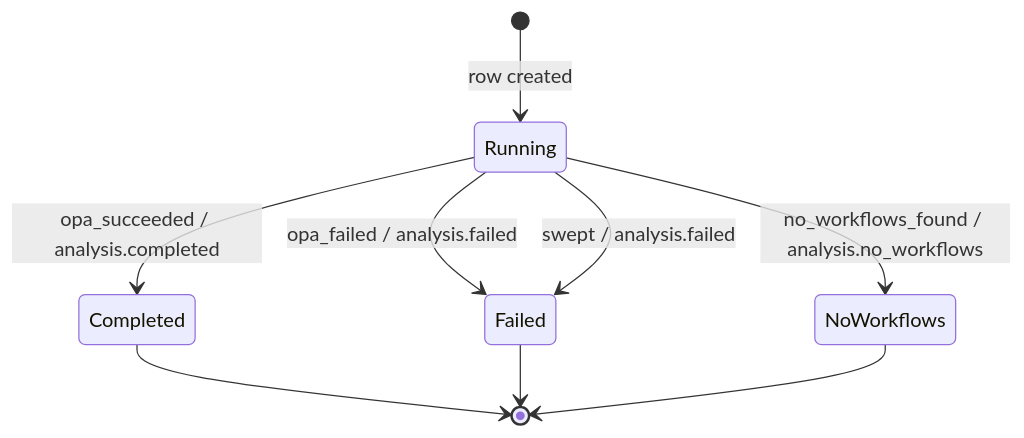
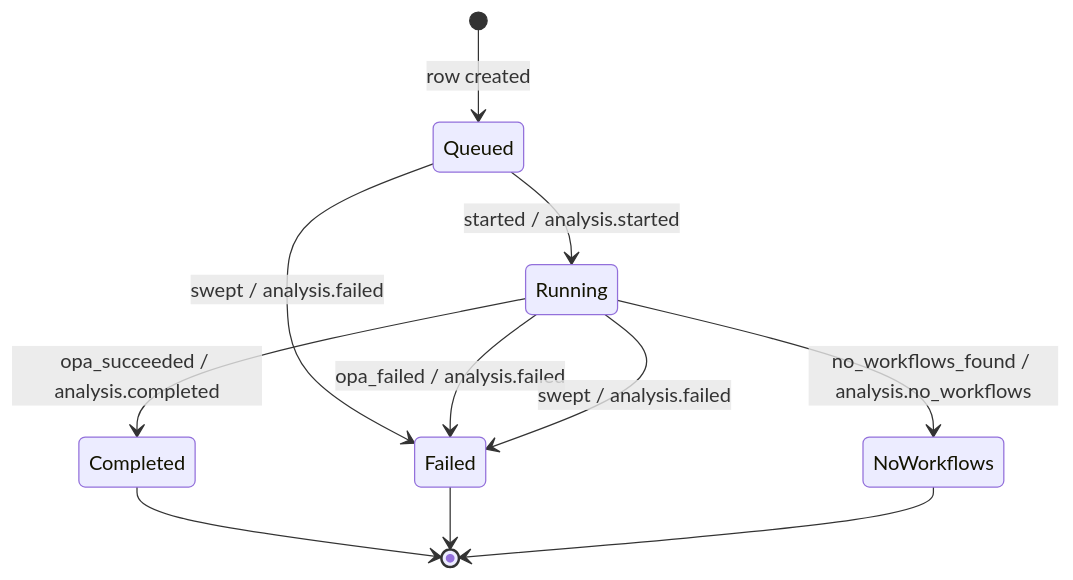
The second of 5 diagrams in docs/state-machines.md (TheoGoudout/greensecops), drawn with Mermaid before and after one commit. The commit also changed other lines of this file and 24 other files, not shown here.

First line of the commit message:
feat(state-machines): add ignored issues, in-place fix regenerate, queued analysis, and close gaps

````diff
--- a/docs/state-machines.md
+++ b/docs/state-machines.md
@@ -124,13 +131,15 @@
 ```mermaid
 stateDiagram-v2
-    [*] --> Running: row created
+    [*] --> Queued: row created
 
+    Queued --> Running: started / analysis.started
+    Queued --> Failed: swept / analysis.failed
     Running --> Completed: opa_succeeded / analysis.completed
     Running --> Failed: opa_failed / analysis.failed
     Running --> Failed: swept / analysis.failed
     Running --> NoWorkflows: no_workflows_found / analysis.no_workflows
 
     Completed --> [*]
     Failed --> [*]
     NoWorkflows --> [*]
 ```
````
